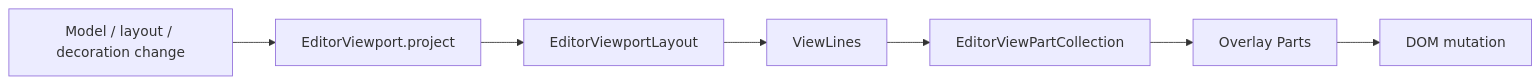
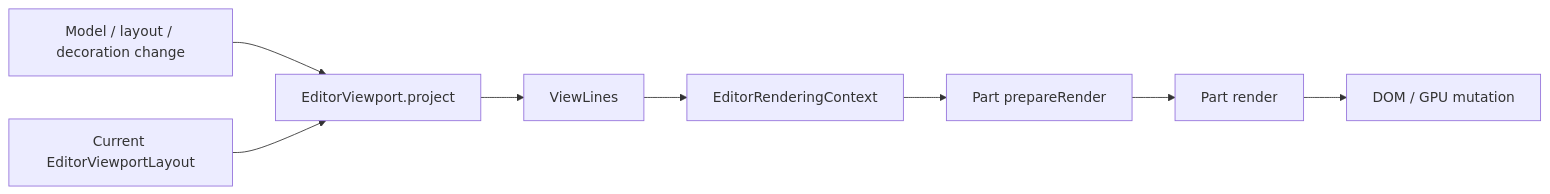
The second of 2 diagrams in zeta-ts/src/zeta/editor/text-engine.md (chogng/zeta), drawn with Mermaid before and after one commit. The commit also changed other lines of this file and 5 other files, not shown here.

````diff
--- a/zeta-ts/src/zeta/editor/text-engine.md
+++ b/zeta-ts/src/zeta/editor/text-engine.md
@@ -90,9 +90,10 @@
 ```mermaid
 flowchart LR
     Change[Model / layout / decoration change] --> Project[EditorViewport.project]
-    Project --> Layout[EditorViewportLayout]
-    Layout --> Lines[ViewLines]
-    Lines --> Parts[EditorViewPartCollection]
-    Parts --> Overlay[Overlay Parts]
-    Overlay --> DOM[DOM mutation]
+    Layout[Current EditorViewportLayout] --> Project
+    Project --> Lines[ViewLines]
+    Lines --> Context[EditorRenderingContext]
+    Context --> Prepare[Part prepareRender]
+    Prepare --> Parts[Part render]
+    Parts --> DOM[DOM / GPU mutation]
 ```
````
